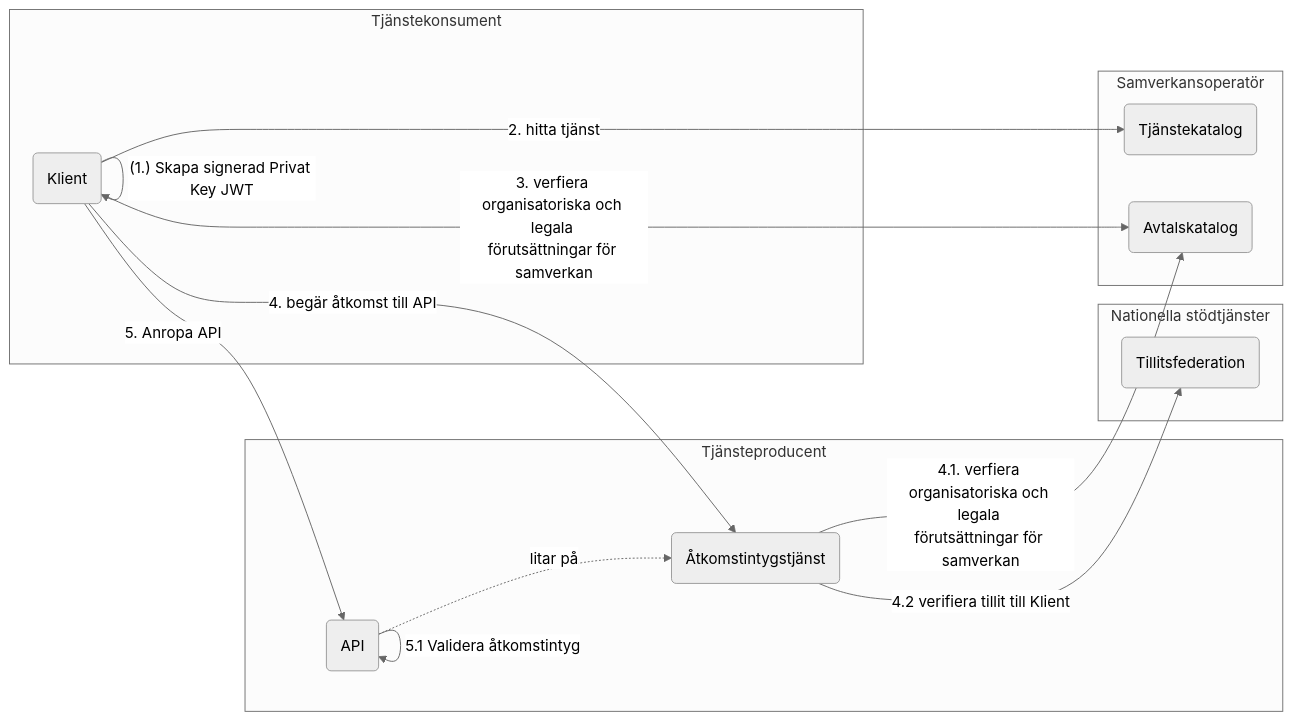
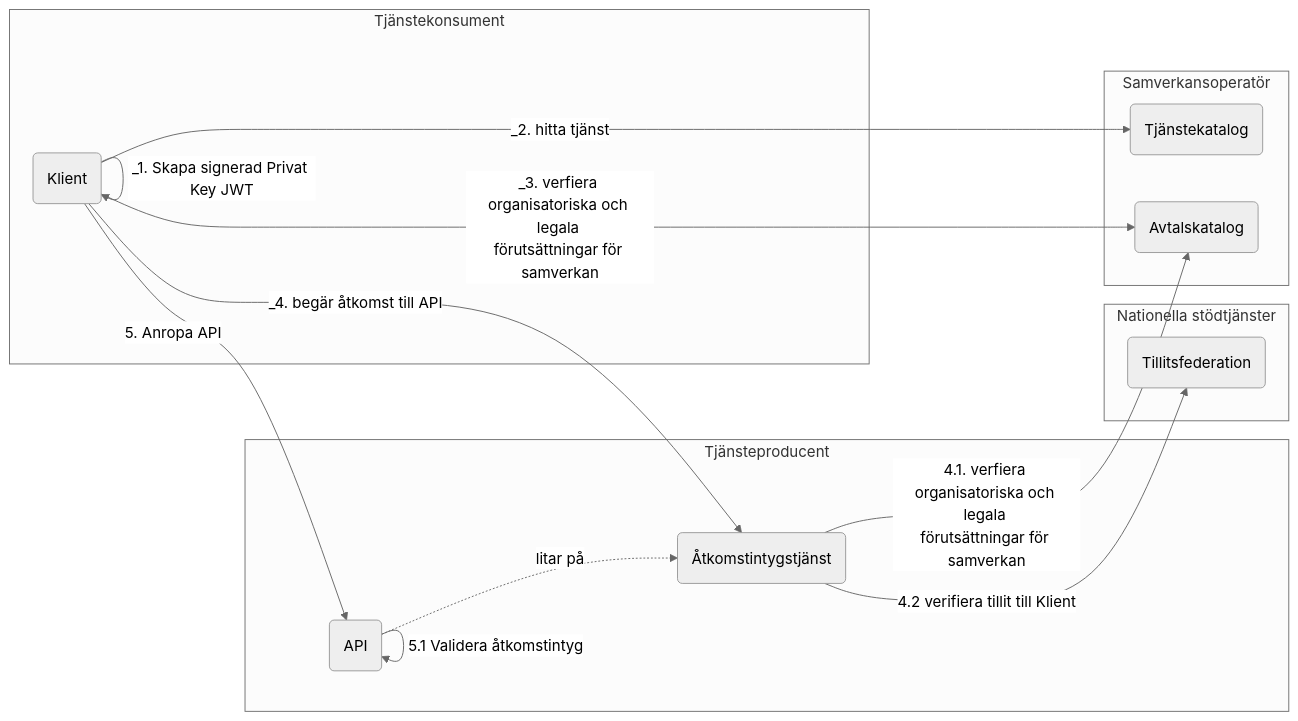
Before and after one commit to diggsweden/ena-authorization: the second of 15 diagrams in architecture/drafts/IAM_TargetArchitecture_Sweden.md, drawn with Mermaid (neutral theme).

````diff
--- a/architecture/drafts/IAM_TargetArchitecture_Sweden.md
+++ b/architecture/drafts/IAM_TargetArchitecture_Sweden.md
@@ -83,31 +83,31 @@
 ```mermaid
 graph LR
 
 subgraph po[Tjänsteproducent]
     p(API)
     as(Åtkomstintygstjänst)
 end
 
 subgraph ss[Nationella stödtjänster]
     t(Tillitsfederation)
 end
 
 subgraph so[Samverkansoperatör]
     tk(Tjänstekatalog)
     ak(Avtalskatalog)
 end
 
 subgraph co[Tjänstekonsument]
     c(Klient)
 end
 
-c--(1.) Skapa signerad Privat Key JWT-->c
-c--2. hitta tjänst-->tk
-c--3. verfiera organisatoriska och legala <br>förutsättningar för samverkan-->ak
-c--4. begär åtkomst till API-->as
+c--_1. Skapa signerad Privat Key JWT-->c
+c--_2. hitta tjänst-->tk
+c--_3. verfiera organisatoriska och legala <br>förutsättningar för samverkan-->ak
+c--_4. begär åtkomst till API-->as
 as--4.1. verfiera organisatoriska och legala <br>förutsättningar för samverkan-->ak
 as--4.2 verifiera tillit till Klient-->t
 c--5. Anropa API-->p
 p-.litar på.->as
 p--5.1 Validera åtkomstintyg-->p
 ```
````
